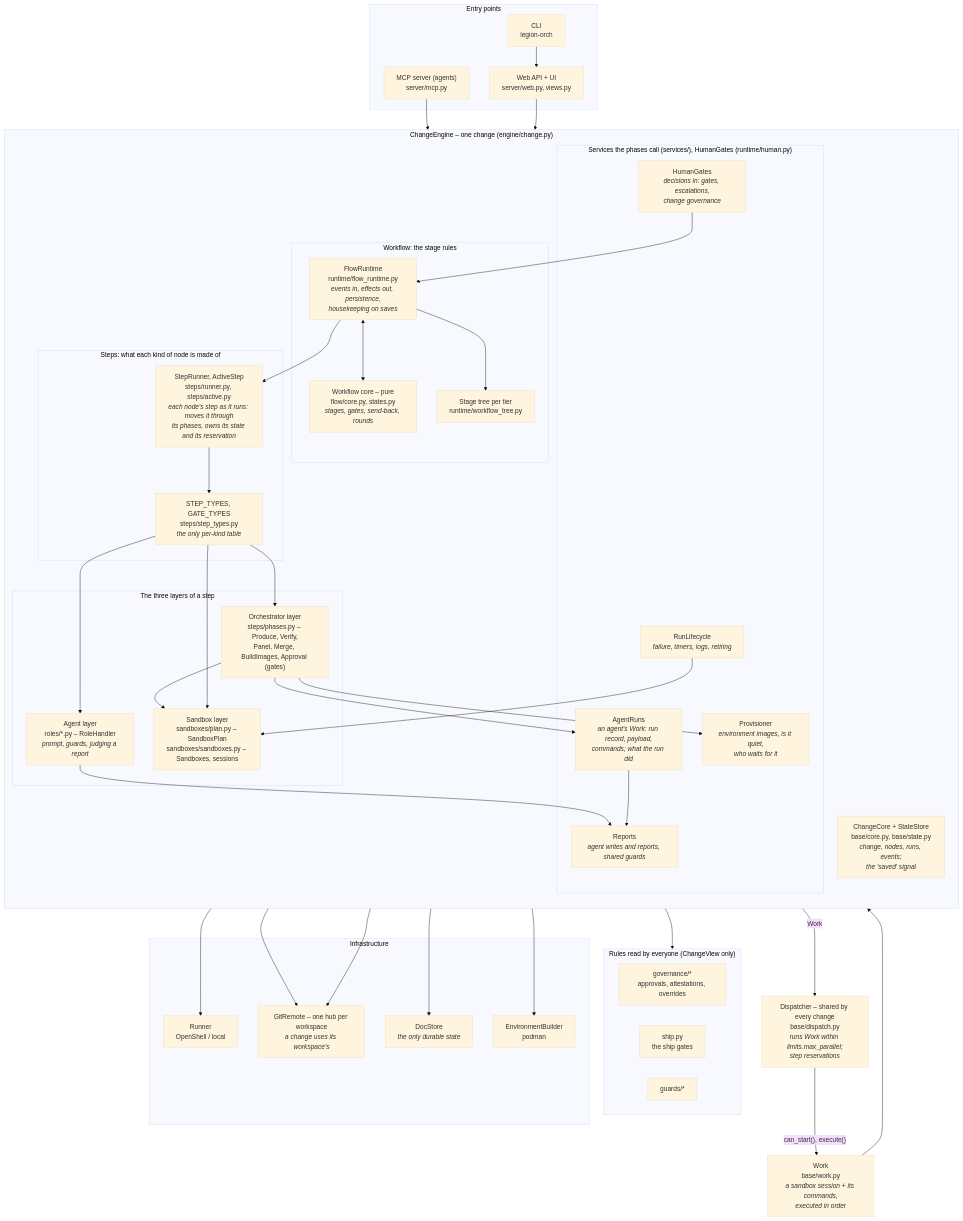
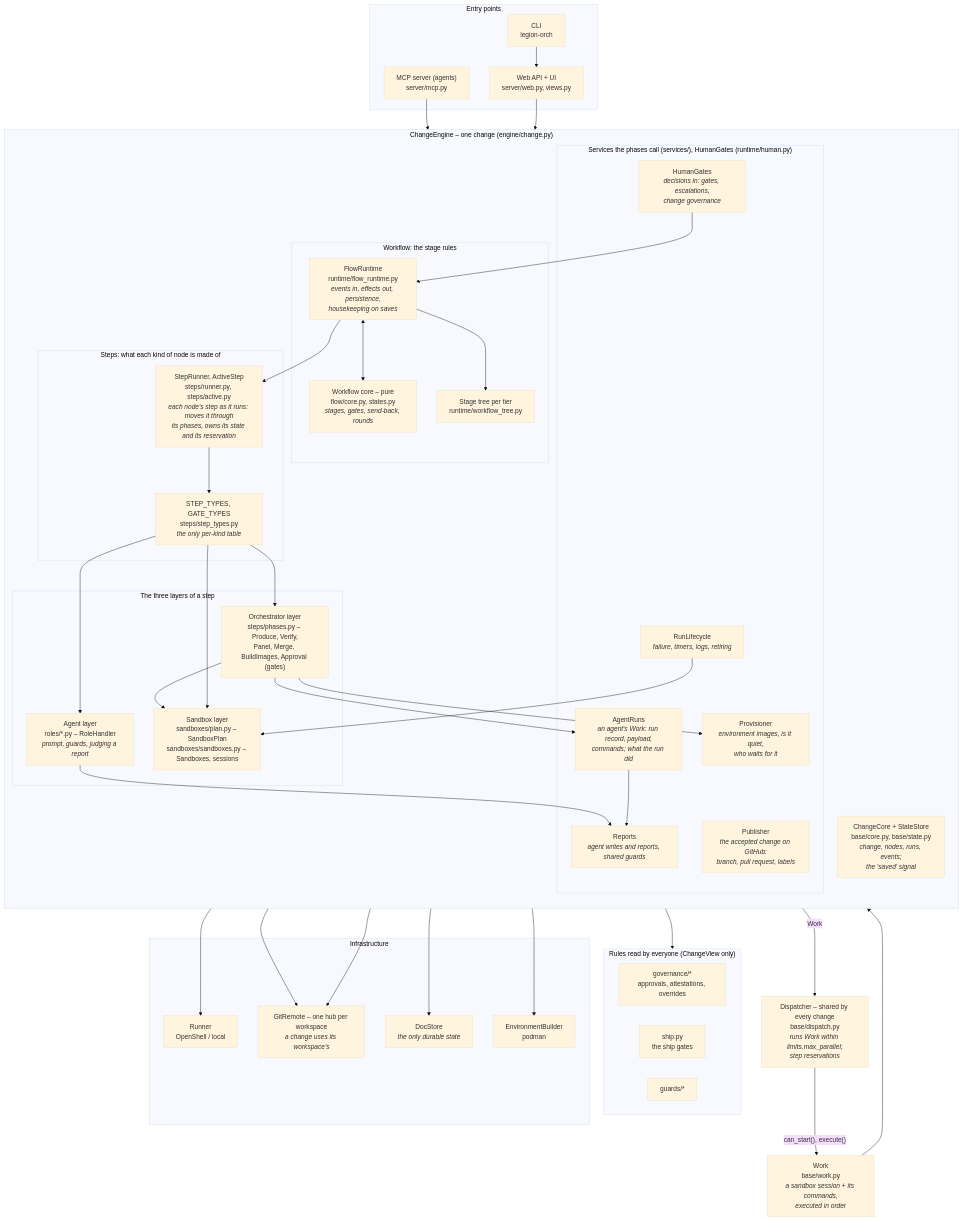
Before and after one commit to mr-miles/orchestrator: the first of 6 diagrams in docs/architecture.md, drawn with Mermaid (base theme). The commit also changed other lines of this file and 19 other files, not shown here.

````diff
--- a/docs/architecture.md
+++ b/docs/architecture.md
@@ -13,72 +13,73 @@
 ```mermaid
 flowchart TB
     subgraph entry["Entry points"]
         web["Web API + UI<br/>server/web.py, views.py"]
         mcp["MCP server (agents)<br/>server/mcp.py"]
         cli["CLI<br/>legion-orch"]
     end
 
     subgraph engine["ChangeEngine – one change (engine/change.py)"]
         direction TB
         subgraph wf["Workflow: the stage rules"]
             core["Workflow core – pure<br/>flow/core.py, states.py<br/><i>stages, gates, send-back, rounds</i>"]
             tree["Stage tree per tier<br/>runtime/workflow_tree.py"]
             rt["FlowRuntime<br/>runtime/flow_runtime.py<br/><i>events in, effects out, persistence,<br/>housekeeping on saves</i>"]
         end
         subgraph steps["Steps: what each kind of node is made of"]
             runner["StepRunner, ActiveStep<br/>steps/runner.py, steps/active.py<br/><i>each node's step as it runs: moves it through<br/>its phases, owns its state and its reservation</i>"]
             types["STEP_TYPES, GATE_TYPES<br/>steps/step_types.py<br/><i>the only per-kind table</i>"]
         end
         subgraph layers["The three layers of a step"]
             agent["Agent layer<br/>roles/*.py – RoleHandler<br/><i>prompt, guards, judging a report</i>"]
             phases["Orchestrator layer<br/>steps/phases.py – Produce, Verify,<br/>Panel, Merge, BuildImages, Approval (gates)"]
             sbx["Sandbox layer<br/>sandboxes/plan.py – SandboxPlan<br/>sandboxes/sandboxes.py – Sandboxes, sessions"]
         end
         subgraph svc["Services the phases call (services/), HumanGates (runtime/human.py)"]
             agents["AgentRuns<br/><i>an agent's Work: run record, payload,<br/>commands; what the run did</i>"]
             reports["Reports<br/><i>agent writes and reports, shared guards</i>"]
             prov["Provisioner<br/><i>environment images, is it quiet,<br/>who waits for it</i>"]
+            pub["Publisher<br/><i>the accepted change on GitHub:<br/>branch, pull request, labels</i>"]
             life["RunLifecycle<br/><i>failure, timers, logs, retiring</i>"]
             gates["HumanGates<br/><i>decisions in: gates, escalations,<br/>change governance</i>"]
         end
         state["ChangeCore + StateStore<br/>base/core.py, base/state.py<br/><i>change, nodes, runs, events;<br/>the 'saved' signal</i>"]
     end
 
     disp["Dispatcher – shared by every change<br/>base/dispatch.py<br/><i>runs Work within limits.max_parallel;<br/>step reservations</i>"]
     work["Work<br/>base/work.py<br/><i>a sandbox session + its commands,<br/>executed in order</i>"]
 
     subgraph gov["Rules read by everyone (ChangeView only)"]
         governance["governance/*<br/>approvals, attestations, overrides"]
         ship["ship.py<br/>the ship gates"]
         guards["guards/*"]
     end
 
     subgraph infra["Infrastructure"]
         runnerx["Runner<br/>OpenShell / local"]
         git["GitRemote – one hub per workspace<br/><i>a change uses its workspace's</i>"]
         store["DocStore<br/><i>the only durable state</i>"]
         builder["EnvironmentBuilder<br/>podman"]
     end
 
     web --> engine
     cli --> web
     mcp --> reports
     rt <--> core
     rt --> tree
     rt --> runner
     gates --> rt
     runner --> types
     types --> agent & phases & sbx
     phases --> agents & prov & sbx
     phases -- "Work" --> disp
     disp -- "can_start(), execute()" --> work
     work --> sbx
     agents --> reports
     agent --> reports
     life --> sbx
     engine --> gov
     sbx --> runnerx
     phases & gates --> git
     state --> store
     prov --> builder
 ```
````
